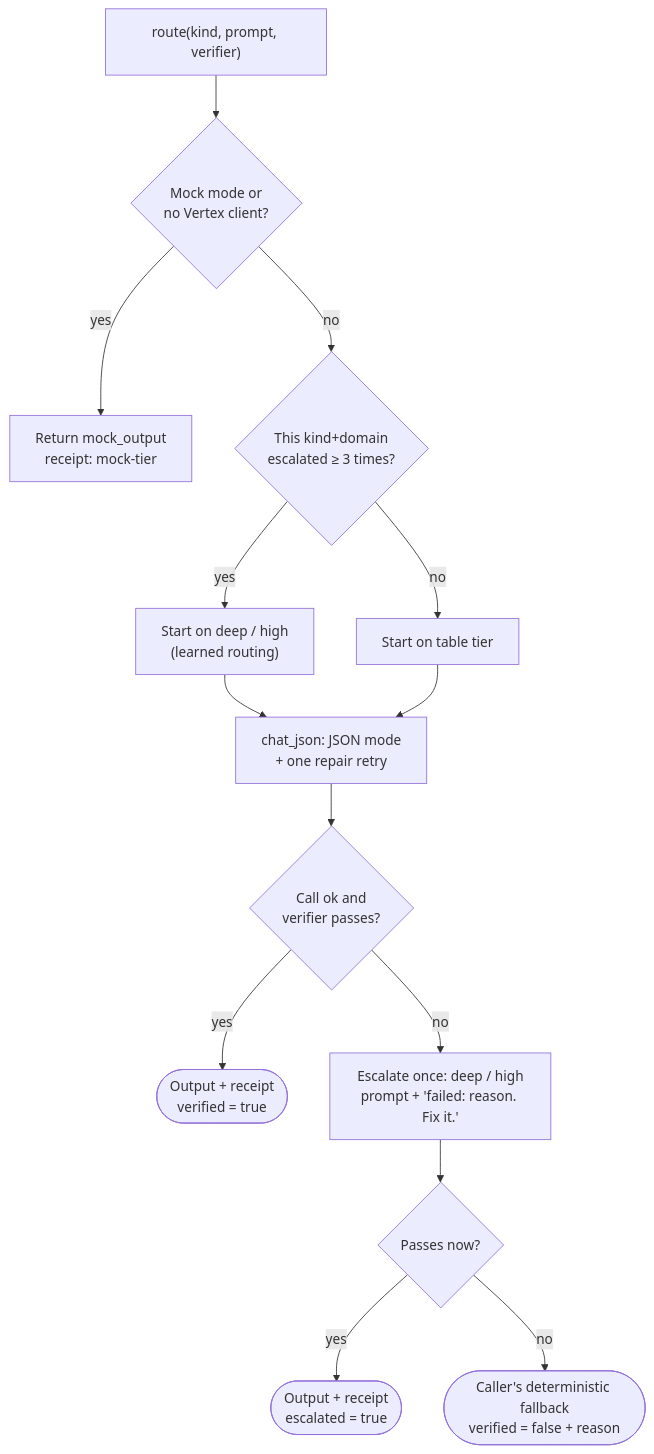
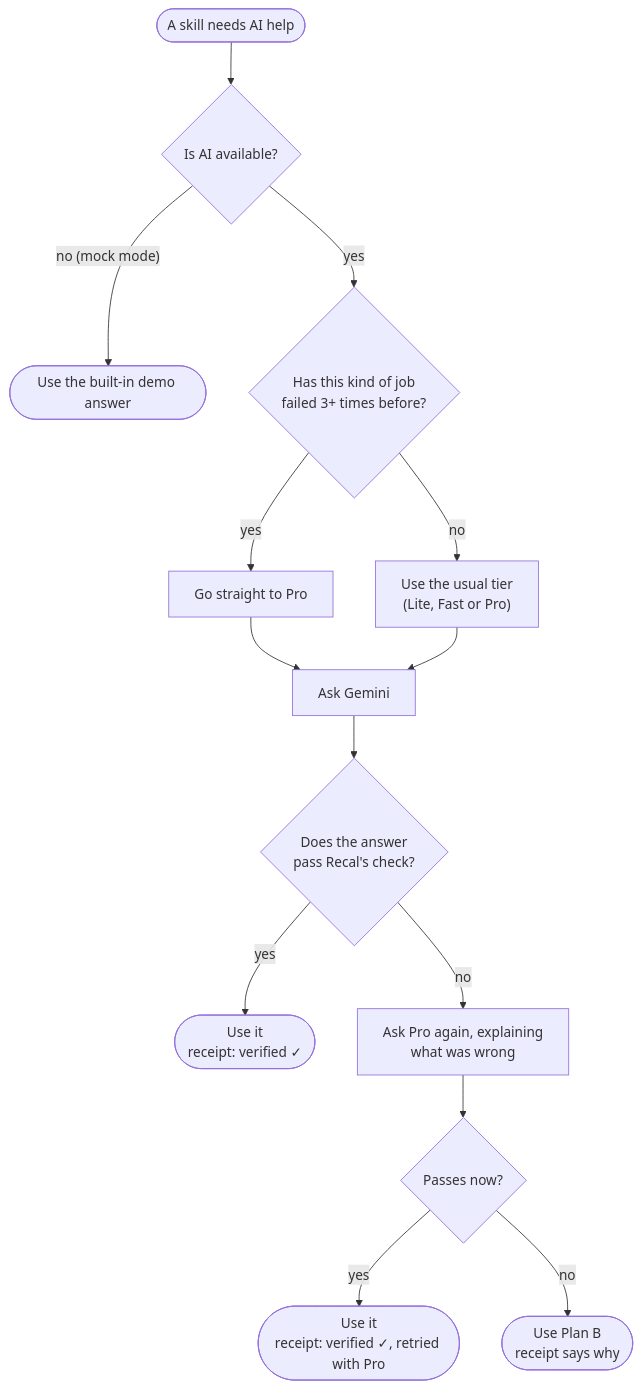
One commit to Chaitanya674/Recal-AI changed the third of 19 diagrams in docs/DOCUMENTATION.md. Above: the diagram before and after it, drawn with Mermaid. The commit also changed other lines of this file, not shown here.

````diff
--- a/docs/DOCUMENTATION.md
+++ b/docs/DOCUMENTATION.md
@@ -244,16 +267,16 @@
 ```mermaid
 flowchart TD
-    A["route(kind, prompt, verifier)"] --> M{"Mock mode or<br/>no Vertex client?"}
-    M -- yes --> MO["Return mock_output<br/>receipt: mock-tier"]
-    M -- no --> L{"This kind+domain<br/>escalated ≥ 3 times?"}
-    L -- yes --> D["Start on deep / high<br/>(learned routing)"]
-    L -- no --> T["Start on table tier"]
-    D --> C1["chat_json: JSON mode<br/>+ one repair retry"]
-    T --> C1
-    C1 --> V1{"Call ok and<br/>verifier passes?"}
-    V1 -- yes --> OK(["Output + receipt<br/>verified = true"])
-    V1 -- no --> E["Escalate once: deep / high<br/>prompt + 'failed: reason. Fix it.'"]
-    E --> V2{"Passes now?"}
-    V2 -- yes --> OKE(["Output + receipt<br/>escalated = true"])
-    V2 -- no --> FB(["Caller's deterministic fallback<br/>verified = false + reason"])
+    START(["A skill needs AI help"]) --> MOCK{"Is AI available?"}
+    MOCK -- "no (mock mode)" --> DEMO(["Use the built-in demo answer"])
+    MOCK -- yes --> HIST{"Has this kind of job<br/>failed 3+ times before?"}
+    HIST -- yes --> PRO1["Go straight to Pro"]
+    HIST -- no --> NORMAL["Use the usual tier<br/>(Lite, Fast or Pro)"]
+    PRO1 --> ASK["Ask Gemini"]
+    NORMAL --> ASK
+    ASK --> CHECK{"Does the answer<br/>pass Recal's check?"}
+    CHECK -- yes --> OK(["Use it<br/>receipt: verified ✓"])
+    CHECK -- no --> RETRY["Ask Pro again, explaining<br/>what was wrong"]
+    RETRY --> CHECK2{"Passes now?"}
+    CHECK2 -- yes --> OK2(["Use it<br/>receipt: verified ✓, retried with Pro"])
+    CHECK2 -- no --> PLANB(["Use Plan B<br/>receipt says why"])
 ```
````
